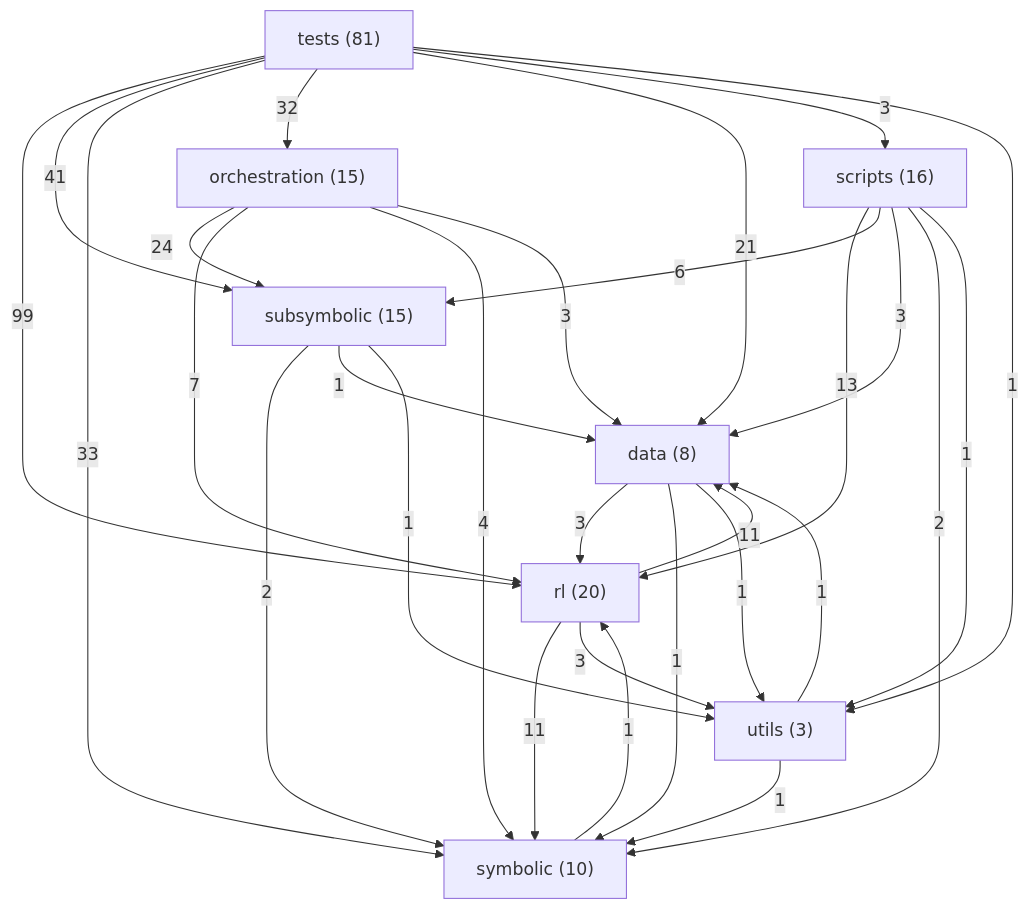
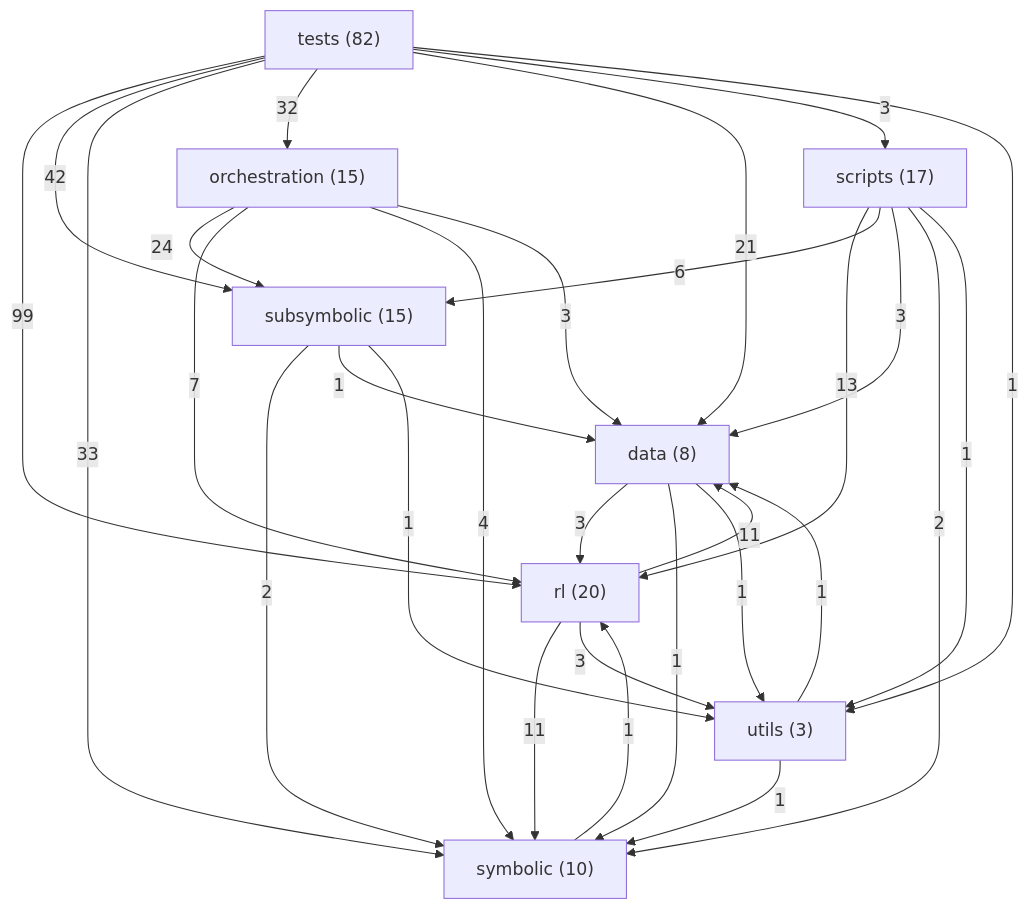
One commit to danrd/ARC-AGI changed the diagram in ARCHITECTURE.md. Above: the diagram before and after it, drawn with Mermaid. The commit also changed other lines of this file and 4 other files, not shown here.

````diff
--- a/ARCHITECTURE.md
+++ b/ARCHITECTURE.md
@@ -211,39 +211,39 @@
 ```mermaid
 graph TD
   data["data (8)"]
   orchestration["orchestration (15)"]
   rl["rl (20)"]
-  scripts["scripts (16)"]
+  scripts["scripts (17)"]
   subsymbolic["subsymbolic (15)"]
   symbolic["symbolic (10)"]
-  tests["tests (81)"]
+  tests["tests (82)"]
   utils["utils (3)"]
   tests -->|99| rl
-  tests -->|41| subsymbolic
+  tests -->|42| subsymbolic
   tests -->|33| symbolic
   tests -->|32| orchestration
   orchestration -->|24| subsymbolic
   tests -->|21| data
   scripts -->|13| rl
   rl -->|11| data
   rl -->|11| symbolic
   orchestration -->|7| rl
   scripts -->|6| subsymbolic
   orchestration -->|4| symbolic
   data -->|3| rl
   orchestration -->|3| data
   rl -->|3| utils
   scripts -->|3| data
   tests -->|3| scripts
   scripts -->|2| symbolic
   subsymbolic -->|2| symbolic
   data -->|1| symbolic
   data -->|1| utils
   scripts -->|1| utils
   subsymbolic -->|1| data
   subsymbolic -->|1| utils
   symbolic -->|1| rl
   tests -->|1| utils
   utils -->|1| data
   utils -->|1| symbolic
 ```
````
